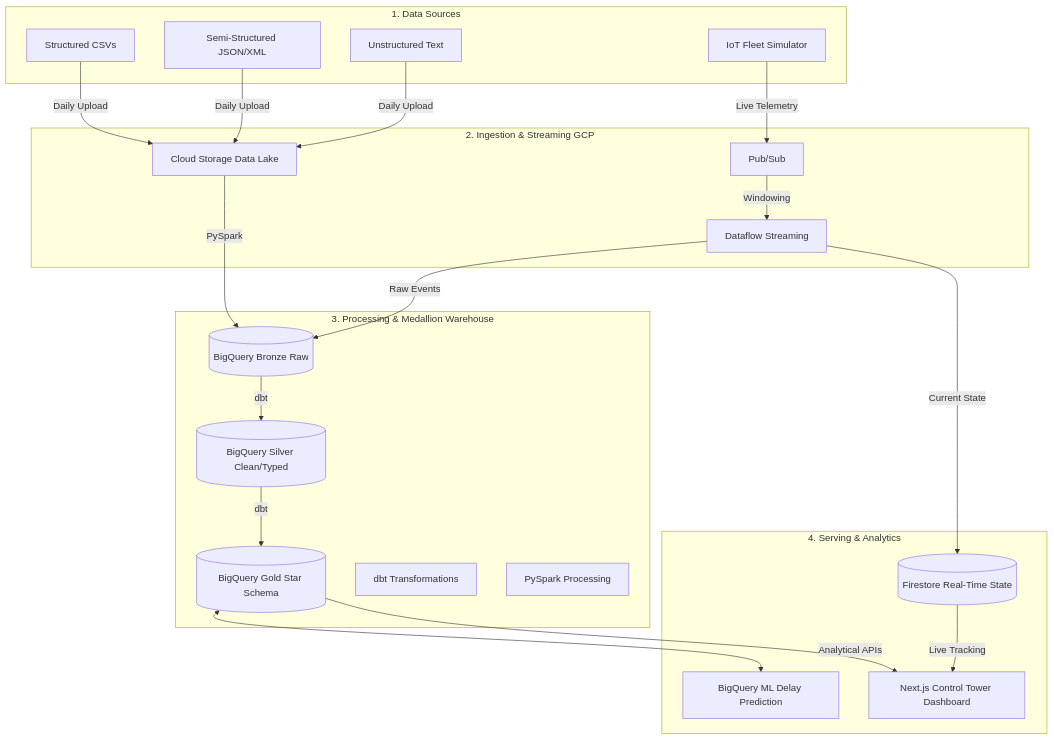
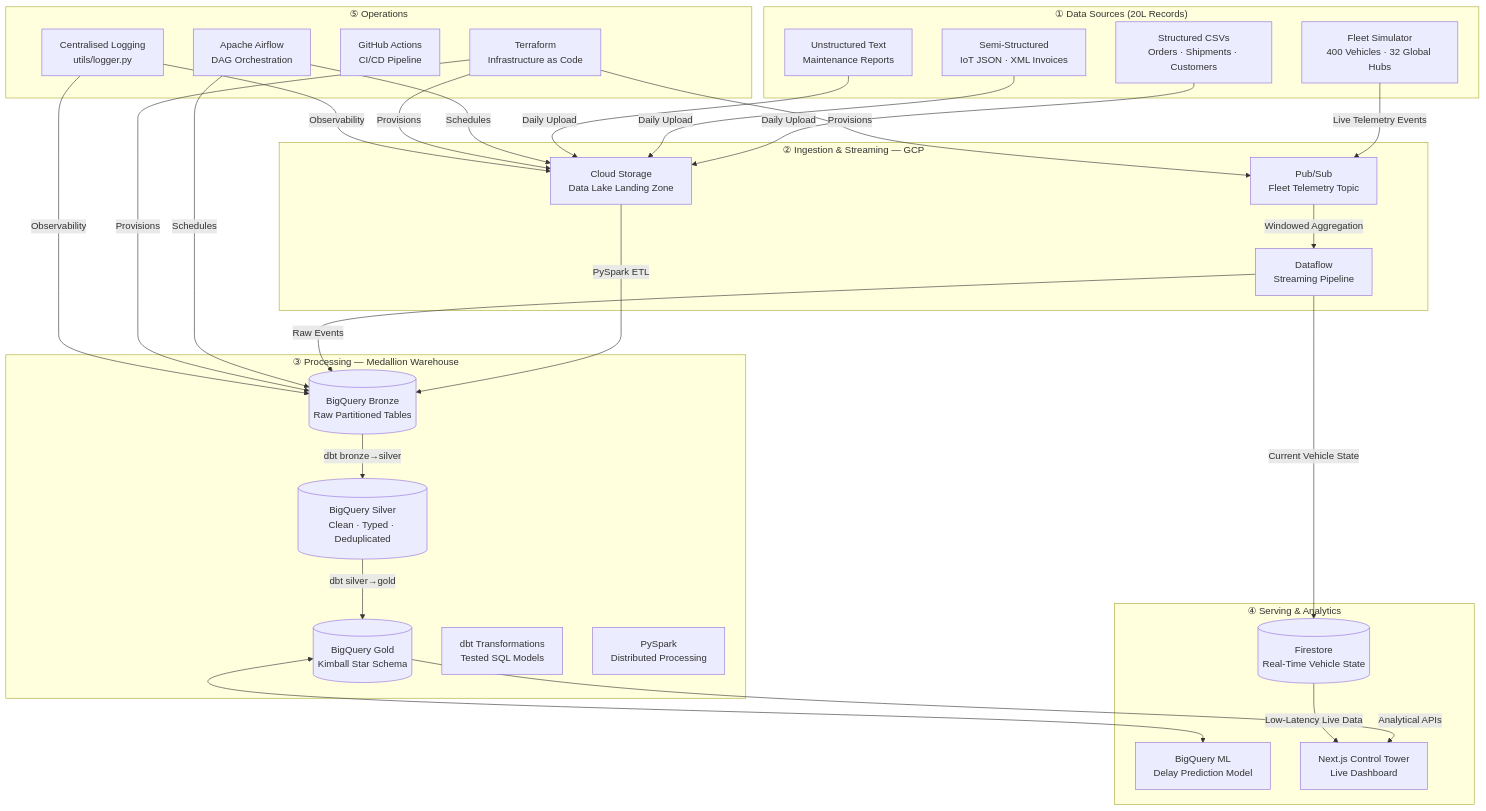
One commit to iamdpsingh/Project-5-Enterprise-Supply-Chain-Logistics-Data-Platform-with-Real-Time-Fleet-Analytics-on-GCP changed the diagram in README.md. Above: the diagram before and after it, drawn with Mermaid. The commit also changed other lines of this file, not shown here.

````diff
--- a/README.md
+++ b/README.md
@@ -35,46 +41,62 @@
 ```mermaid
 graph TD
-    subgraph Sources [1. Data Sources]
-        CSV[Structured CSVs]
-        JSON[Semi-Structured JSON/XML]
-        TXT[Unstructured Text]
-        IoT[IoT Fleet Simulator]
+    subgraph Sources ["① Data Sources (20L Records)"]
+        CSV[Structured CSVs<br/>Orders · Shipments · Customers]
+        JSON[Semi-Structured<br/>IoT JSON · XML Invoices]
+        TXT[Unstructured Text<br/>Maintenance Reports]
+        IoT[Fleet Simulator<br/>400 Vehicles · 32 Global Hubs]
     end
 
-    subgraph Ingestion [2. Ingestion & Streaming GCP]
-        GCS[Cloud Storage Data Lake]
-        PS[Pub/Sub]
-        DF[Dataflow Streaming]
+    subgraph Ingestion ["② Ingestion & Streaming — GCP"]
+        GCS[Cloud Storage<br/>Data Lake Landing Zone]
+        PS[Pub/Sub<br/>Fleet Telemetry Topic]
+        DF[Dataflow<br/>Streaming Pipeline]
     end
 
-    subgraph Processing [3. Processing & Medallion Warehouse]
-        BQ_B[(BigQuery Bronze Raw)]
-        BQ_S[(BigQuery Silver Clean/Typed)]
-        BQ_G[(BigQuery Gold Star Schema)]
-        DBT[dbt Transformations]
-        Spark[PySpark Processing]
+    subgraph Processing ["③ Processing — Medallion Warehouse"]
+        BQ_B[(BigQuery Bronze<br/>Raw Partitioned Tables)]
+        BQ_S[(BigQuery Silver<br/>Clean · Typed · Deduplicated)]
+        BQ_G[(BigQuery Gold<br/>Kimball Star Schema)]
+        DBT[dbt Transformations<br/>Tested SQL Models]
+        Spark[PySpark<br/>Distributed Processing]
     end
-    
-    subgraph Serving [4. Serving & Analytics]
-        BQ_ML[BigQuery ML Delay Prediction]
-        FS[(Firestore Real-Time State)]
-        APP[Next.js Control Tower Dashboard]
+
+    subgraph Serving ["④ Serving & Analytics"]
+        BQ_ML[BigQuery ML<br/>Delay Prediction Model]
+        FS[(Firestore<br/>Real-Time Vehicle State)]
+        APP[Next.js Control Tower<br/>Live Dashboard]
+    end
+
+    subgraph Ops ["⑤ Operations"]
+        AF[Apache Airflow<br/>DAG Orchestration]
+        TF[Terraform<br/>Infrastructure as Code]
+        GH[GitHub Actions<br/>CI/CD Pipeline]
+        LOG[Centralised Logging<br/>utils/logger.py]
     end
 
     %% Batch Flow
     CSV & JSON & TXT -->|Daily Upload| GCS
-    GCS -->|PySpark| BQ_B
-    BQ_B -->|dbt| BQ_S
-    BQ_S -->|dbt| BQ_G
-    
+    GCS -->|PySpark ETL| BQ_B
+    BQ_B -->|dbt bronze→silver| BQ_S
+    BQ_S -->|dbt silver→gold| BQ_G
+
     %% Streaming Flow
-    IoT -->|Live Telemetry| PS
-    PS -->|Windowing| DF
+    IoT -->|Live Telemetry Events| PS
+    PS -->|Windowed Aggregation| DF
     DF -->|Raw Events| BQ_B
-    DF -->|Current State| FS
-    
+    DF -->|Current Vehicle State| FS
+
     %% ML & Serving
     BQ_G <--> BQ_ML
     BQ_G -->|Analytical APIs| APP
-    FS -->|Live Tracking| APP
+    FS -->|Low-Latency Live Data| APP
+
+    %% Ops
+    AF -->|Schedules| GCS
+    AF -->|Schedules| BQ_B
+    TF -->|Provisions| GCS
+    TF -->|Provisions| BQ_B
+    TF -->|Provisions| PS
+    LOG -->|Observability| GCS
+    LOG -->|Observability| BQ_B
 ```
````
